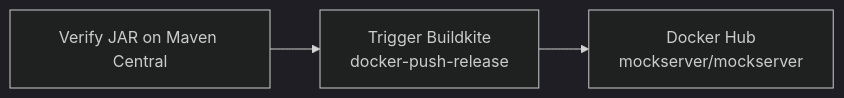
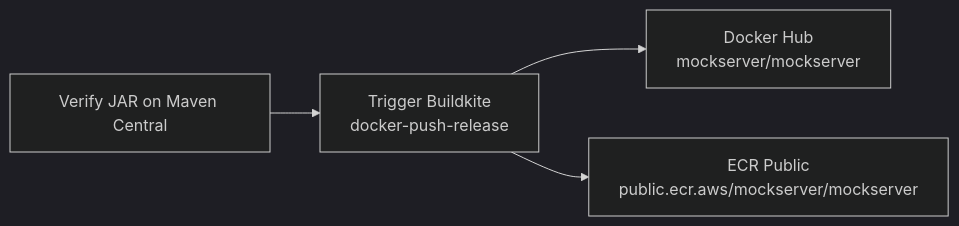
Before and after one commit to mock-server/mockserver: the second of 3 diagrams in docs/operations/release-process.md, drawn with Mermaid (dark theme). The commit also changed other lines of this file and 31 other files, not shown here.

First line of the commit message:
feat: add Docker HEALTHCHECK, ECR Public publishing, and GraalJS templating image (#2172)

````diff
--- a/docs/operations/release-process.md
+++ b/docs/operations/release-process.md
@@ -131,7 +131,9 @@
 ```mermaid
 flowchart LR
     CHECK[Verify JAR on Maven Central] --> BK["Trigger Buildkite
 docker-push-release"]
     BK --> DH["Docker Hub
 mockserver/mockserver"]
+    BK --> ECR["ECR Public
+public.ecr.aws/mockserver/mockserver"]
 ```
````
